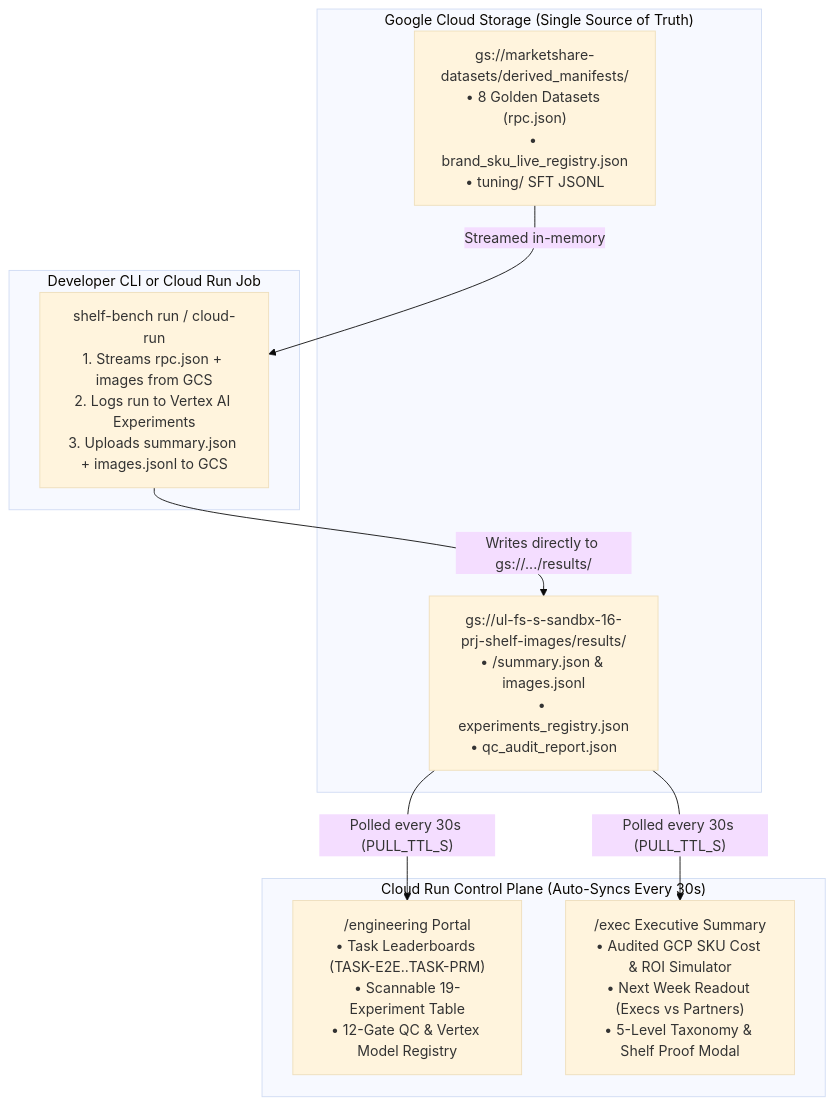
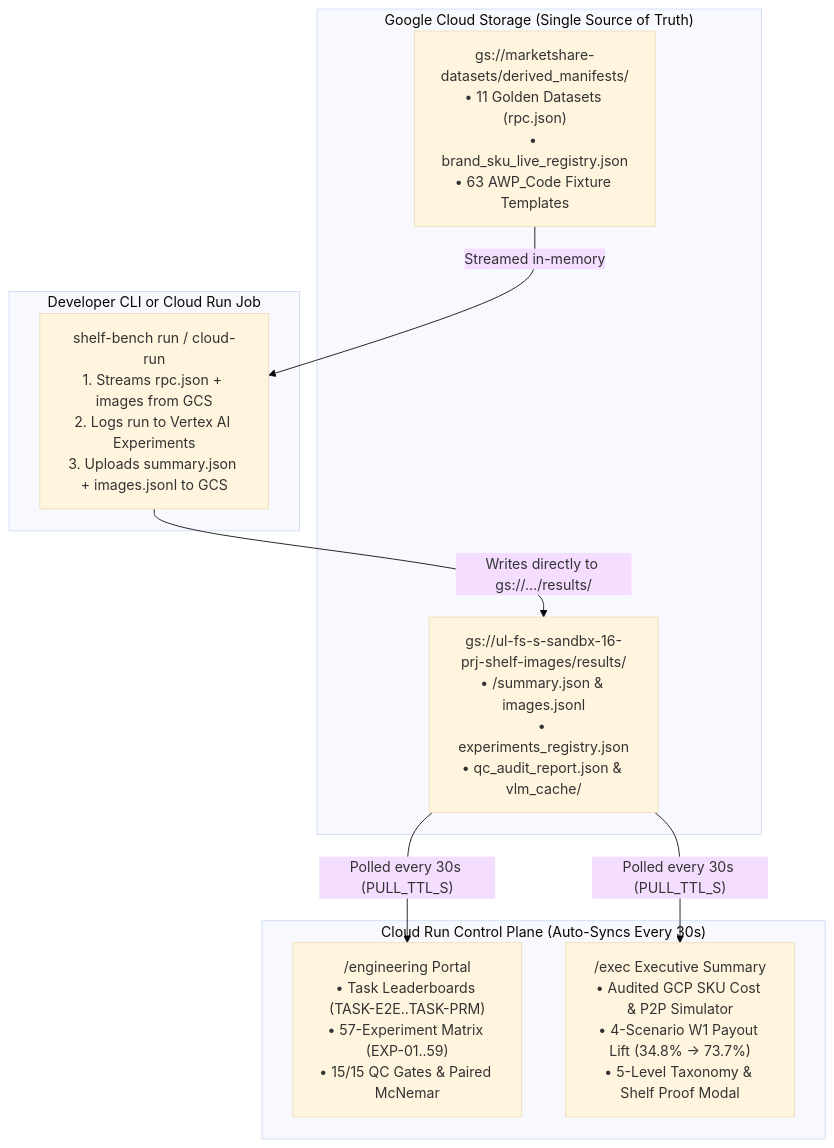
One commit to jigyasujuneja/unilever-shelf-understanding-e2e changed the second of 2 diagrams in README.md. Above: the diagram before and after it, drawn with Mermaid (base theme). The commit also changed other lines of this file and 6 other files, not shown here.

Commit message:
docs(v2.3,skills): sync README and Architecture Guide to 57 exps/15 QC gates and add 5 reusable agent skills in skills/

````diff
--- a/README.md
+++ b/README.md
@@ -28,21 +30,21 @@
 ```mermaid
 flowchart TD
     subgraph GCS["Google Cloud Storage (Single Source of Truth)"]
-        M["gs://marketshare-datasets/derived_manifests/\n• 8 Golden Datasets (rpc.json)\n• brand_sku_live_registry.json\n• tuning/ SFT JSONL"]
-        R["gs://ul-fs-s-sandbx-16-prj-shelf-images/results/\n• <run_id>/summary.json & images.jsonl\n• experiments_registry.json\n• qc_audit_report.json"]
+        M["gs://marketshare-datasets/derived_manifests/\n• 11 Golden Datasets (rpc.json)\n• brand_sku_live_registry.json\n• 63 AWP_Code Fixture Templates"]
+        R["gs://ul-fs-s-sandbx-16-prj-shelf-images/results/\n• <run_id>/summary.json & images.jsonl\n• experiments_registry.json\n• qc_audit_report.json & vlm_cache/"]
     end
 
     subgraph Compute["Developer CLI or Cloud Run Job"]
         CLI["shelf-bench run / cloud-run\n1. Streams rpc.json + images from GCS\n2. Logs run to Vertex AI Experiments\n3. Uploads summary.json + images.jsonl to GCS"]
     end
 
     subgraph Dash["Cloud Run Control Plane (Auto-Syncs Every 30s)"]
-        ENG["/engineering Portal\n• Task Leaderboards (TASK-E2E..TASK-PRM)\n• Scannable 19-Experiment Table\n• 12-Gate QC & Vertex Model Registry"]
-        EXEC["/exec Executive Summary\n• Audited GCP SKU Cost & ROI Simulator\n• Next Week Readout (Execs vs Partners)\n• 5-Level Taxonomy & Shelf Proof Modal"]
+        ENG["/engineering Portal\n• Task Leaderboards (TASK-E2E..TASK-PRM)\n• 57-Experiment Matrix (EXP-01..59)\n• 15/15 QC Gates & Paired McNemar"]
+        EXEC["/exec Executive Summary\n• Audited GCP SKU Cost & P2P Simulator\n• 4-Scenario W1 Payout Lift (34.8% -> 73.7%)\n• 5-Level Taxonomy & Shelf Proof Modal"]
     end
 
     M -->|"Streamed in-memory"| CLI
     CLI -->|"Writes directly to gs://.../results/"| R
     R -->|"Polled every 30s (PULL_TTL_S)"| ENG
     R -->|"Polled every 30s (PULL_TTL_S)"| EXEC
 ```
````
